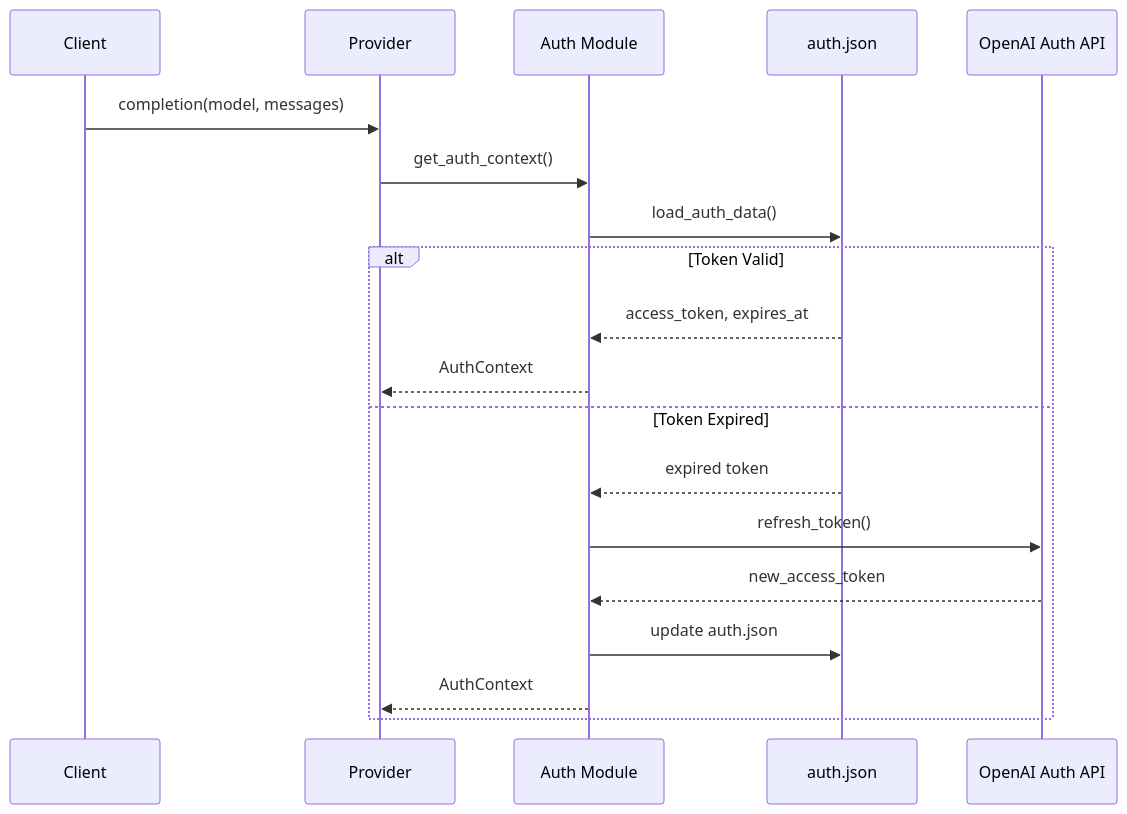
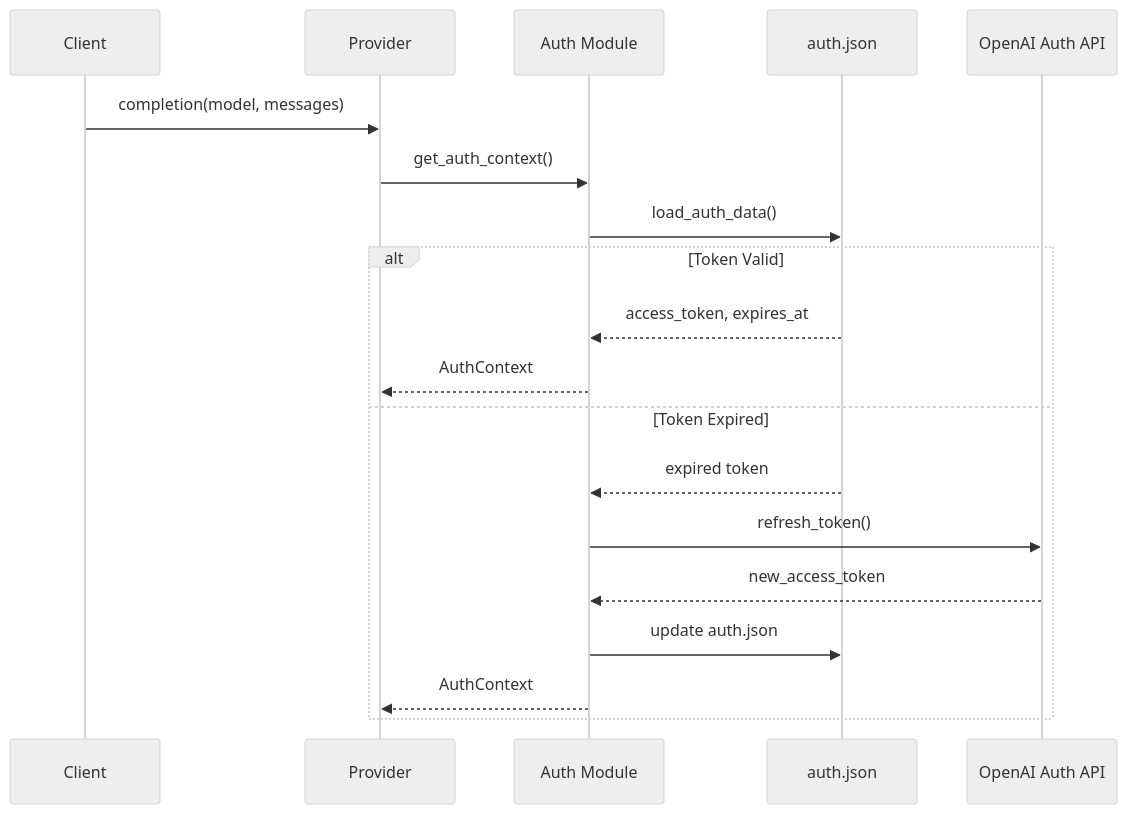
Before and after one commit to jslorrma/litellm-codex-oauth-provider: the second of 5 diagrams in docs/architecture.md, drawn with Mermaid. The commit also changed other lines of this file and 2 other files, not shown here.

First line of the commit message:
docs: simplify and streamline architecture documentation

````diff
--- a/docs/architecture.md
+++ b/docs/architecture.md
@@ -76,22 +45,32 @@
 ```mermaid
+---
+config:
+  theme: neutral
+  layout: elk
+  elk:
+    nodeSpacing: 60
+    edgeSpacing: 50
+    layoutDirection: TB
+---
+
 sequenceDiagram
     participant C as Client
     participant P as Provider
     participant A as Auth Module
     participant F as auth.json
     participant O as OpenAI Auth API
 
     C->>P: completion(model, messages)
     P->>A: get_auth_context()
     A->>F: load_auth_data()
     alt Token Valid
         F-->>A: access_token, expires_at
         A-->>P: AuthContext
     else Token Expired
         F-->>A: expired token
         A->>O: refresh_token()
         O-->>A: new_access_token
         A->>F: update auth.json
         A-->>P: AuthContext
     end
 ```
````
